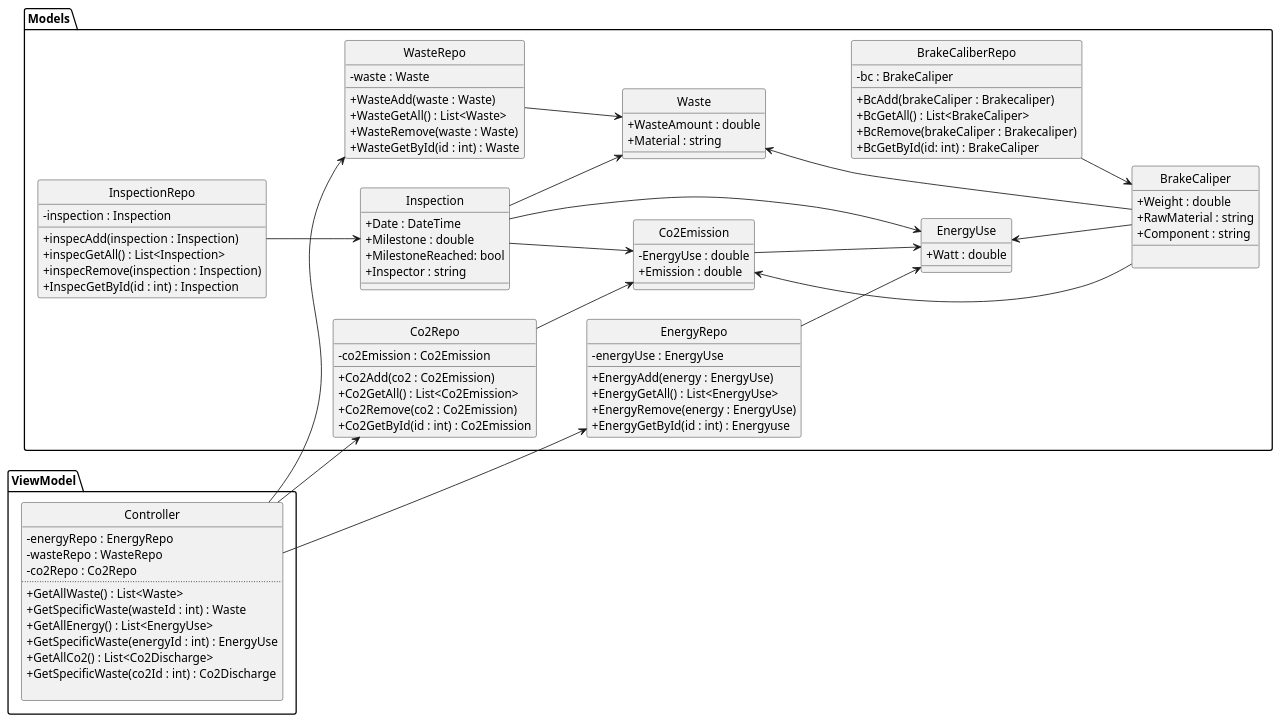
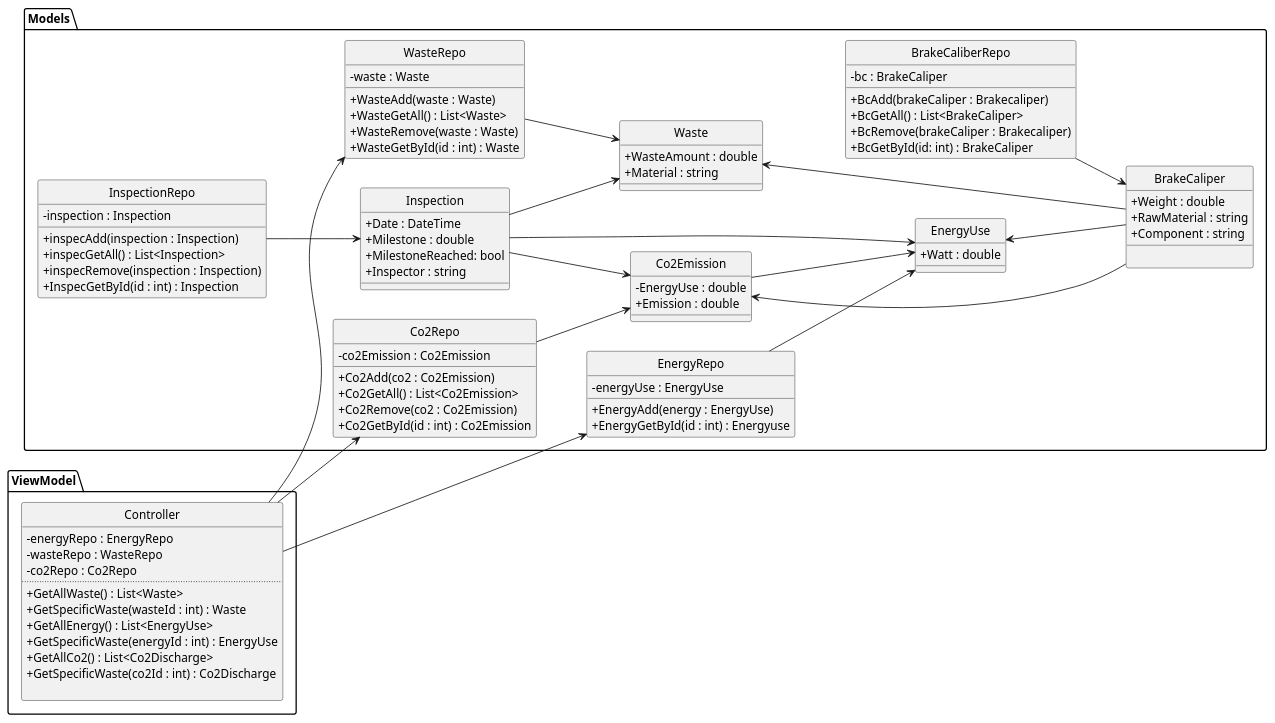
Before and after one commit to FilipMeldal/Budweg: the diagram in Budweg/Artefacts/BudwegDCD.plantuml, drawn with PlantUML.

```diff
--- a/Budweg/Artefacts/BudwegDCD.plantuml
+++ b/Budweg/Artefacts/BudwegDCD.plantuml
@@ -1,138 +1,136 @@
 @startuml
 hide circle
 skinparam classAttributeIconSize 0
 left to right direction
 
 
 Package ViewModel
 {
 
 Class Controller
 {
 -energyRepo : EnergyRepo
 -wasteRepo : WasteRepo
 -co2Repo : Co2Repo
 ..
 +GetAllWaste() : List<Waste>
 +GetSpecificWaste(wasteId : int) : Waste
 +GetAllEnergy() : List<EnergyUse>
 +GetSpecificWaste(energyId : int) : EnergyUse
 +GetAllCo2() : List<Co2Discharge>
 +GetSpecificWaste(co2Id : int) : Co2Discharge
 
 }
 }
 
 
 
 
 Package Models
 {
 
 Class BrakeCaliper
 {
     +Weight : double
     +RawMaterial : string
     +Component : string
     __
     
 }
 
 Class Co2Emission 
 {
     -EnergyUse : double
     +Emission : double
 }
 
 Class Waste
 {
     +WasteAmount : double
     +Material : string
 }
 
 Class EnergyUse
 {
     +Watt : double
 }
 
 Class Inspection
 {
     +Date : DateTime
     +Milestone : double
     +MilestoneReached: bool
     +Inspector : string
 }
 
 Class BrakeCaliberRepo
 {
     -bc : BrakeCaliper
     __
     +BcAdd(brakeCaliper : Brakecaliper)
     +BcGetAll() : List<BrakeCaliper>
     +BcRemove(brakeCaliper : Brakecaliper)   
     +BcGetById(id: int) : BrakeCaliper
 }
 
 Class InspectionRepo
 { 
     -inspection : Inspection
     __
     +inspecAdd(inspection : Inspection)
     +inspecGetAll() : List<Inspection>
     +inspecRemove(inspection : Inspection)
     +InspecGetById(id : int) : Inspection
 }
 
 
 Class Co2Repo
 {
     -co2Emission : Co2Emission
     __
     +Co2Add(co2 : Co2Emission)
     +Co2GetAll() : List<Co2Emission>
     +Co2Remove(co2 : Co2Emission)
     +Co2GetById(id : int) : Co2Emission
 }
 
 Class WasteRepo
 {
     -waste : Waste
     __
     +WasteAdd(waste : Waste)
     +WasteGetAll() : List<Waste>
     +WasteRemove(waste : Waste)
     +WasteGetById(id : int) : Waste
 }
 
 Class EnergyRepo
 {
     -energyUse : EnergyUse
     __
     +EnergyAdd(energy : EnergyUse)
-    +EnergyGetAll() : List<EnergyUse>
-    +EnergyRemove(energy : EnergyUse)
     +EnergyGetById(id : int) : Energyuse
 }
 
 }
 
 
 Co2Emission  <--  BrakeCaliper
 Co2Emission --> EnergyUse
 Waste      <--  BrakeCaliper
 EnergyUse  <--  BrakeCaliper
 Inspection  -->  Co2Emission
 Inspection  -->  Waste
 Inspection  -->  EnergyUse
 BrakeCaliberRepo --> BrakeCaliper
 InspectionRepo --> Inspection
 WasteRepo --> Waste
 EnergyRepo --> EnergyUse
 Co2Repo --> Co2Emission
 Controller -->EnergyRepo
 Controller -->WasteRepo
 Controller -->Co2Repo
 
 
 
 @enduml
```
